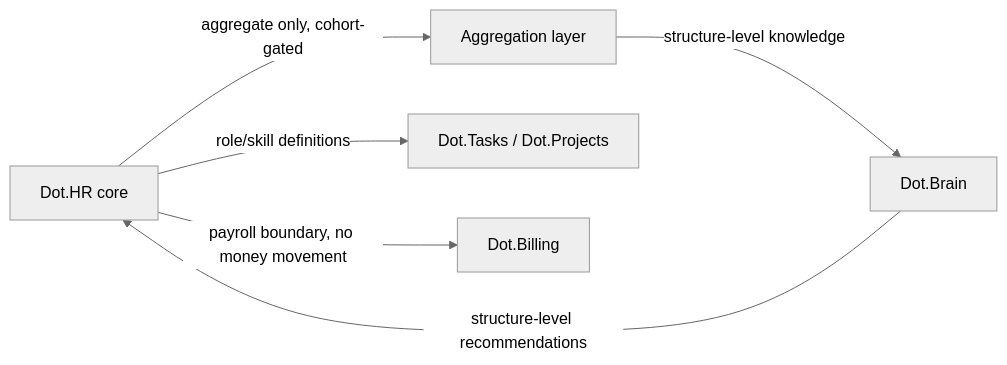
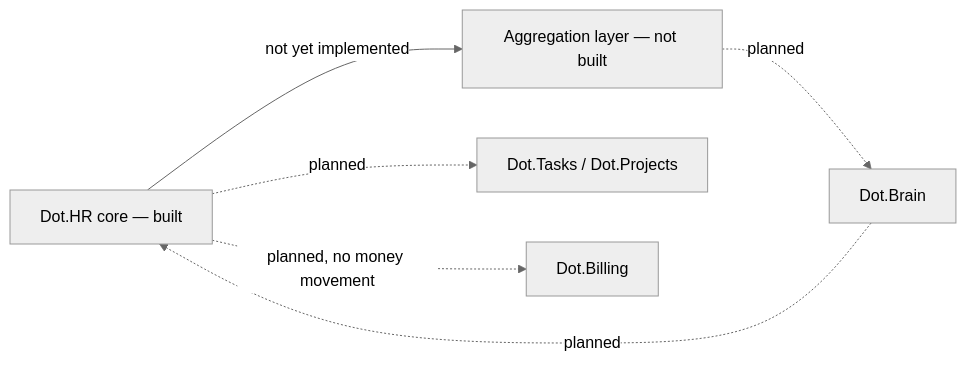
The diagram in wiki.md (sakhilebhayi/Dot.HR), drawn with Mermaid (neutral theme) before and after one commit. The commit also changed other lines of this file and 183 other files, not shown here.

````diff
--- a/wiki.md
+++ b/wiki.md
@@ -57,8 +57,8 @@
 ```mermaid
 flowchart LR
-    HR[Dot.HR core] -->|aggregate only, cohort-gated| AGG[Aggregation layer]
-    AGG -->|structure-level knowledge| B[Dot.Brain]
-    B -->|structure-level recommendations| HR
-    HR -->|role/skill definitions| T[Dot.Tasks / Dot.Projects]
-    HR -->|payroll boundary, no money movement| BI[Dot.Billing]
+    HR[Dot.HR core — built] -->|not yet implemented| AGG[Aggregation layer — not built]
+    AGG -.->|planned| B[Dot.Brain]
+    B -.->|planned| HR
+    HR -.->|planned| T[Dot.Tasks / Dot.Projects]
+    HR -.->|planned, no money movement| BI[Dot.Billing]
 ```
````
